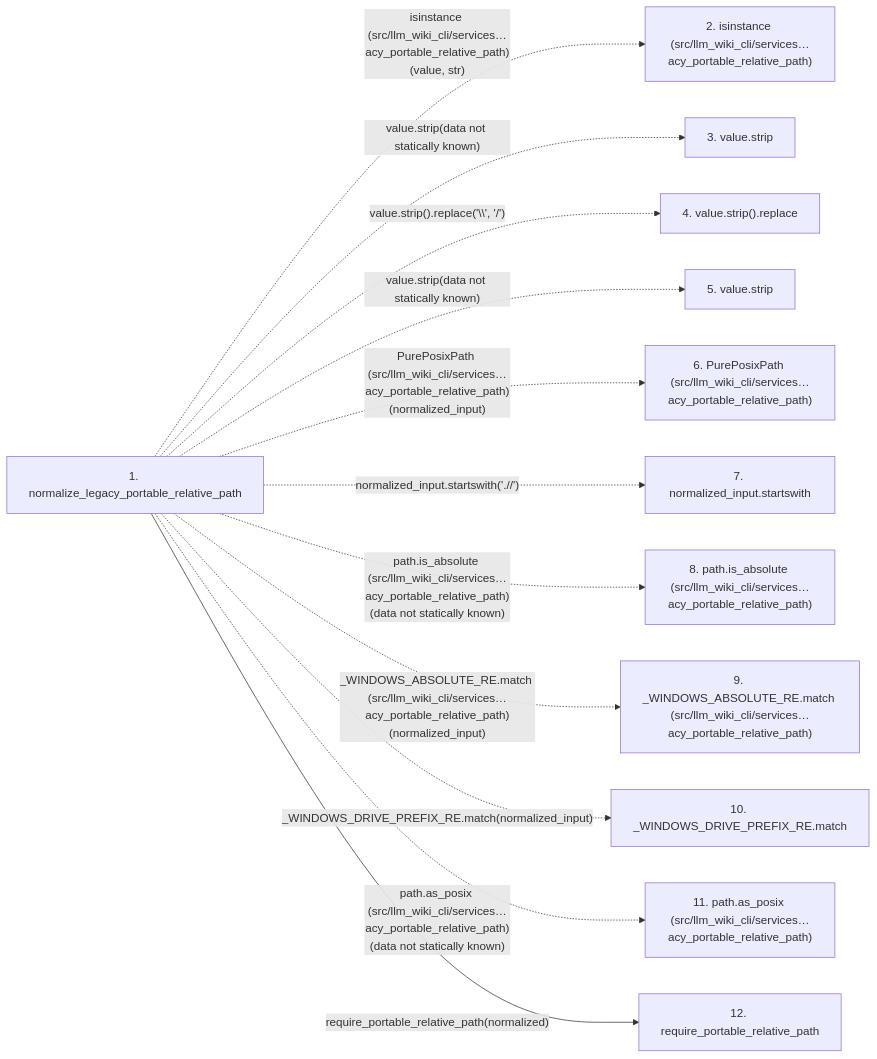
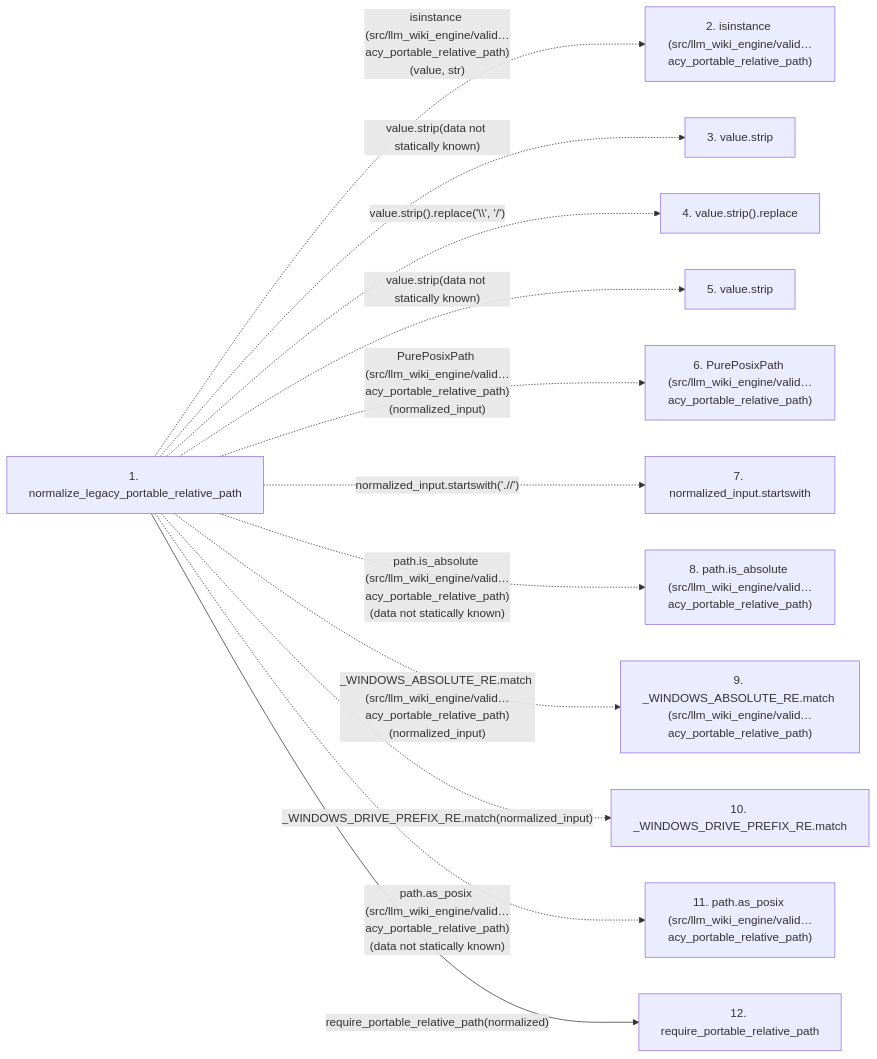
The second of 2 diagrams in docs/llm_wiki/flows/api-normalize_legacy_portable_relative_path.md (Denissvgn/python-wiki-llm), drawn with Mermaid before and after one commit. The commit also changed other lines of this file and 1103 other files, not shown here.

First line of the commit message:
docs: refresh the wiki for the llm-wiki-engine distribution

````diff
--- a/docs/llm_wiki/flows/api-normalize_legacy_portable_relative_path.md
+++ b/docs/llm_wiki/flows/api-normalize_legacy_portable_relative_path.md
@@ -125,28 +125,28 @@
 ```mermaid
 flowchart LR
     s1["1. normalize_legacy_portable_relative_path"]
-    s2["2. isinstance (src/llm_wiki_cli/services…acy_portable_relative_path)"]
+    s2["2. isinstance (src/llm_wiki_engine/valid…acy_portable_relative_path)"]
     s3["3. value.strip"]
     s4["4. value.strip().replace"]
     s5["5. value.strip"]
-    s6["6. PurePosixPath (src/llm_wiki_cli/services…acy_portable_relative_path)"]
+    s6["6. PurePosixPath (src/llm_wiki_engine/valid…acy_portable_relative_path)"]
     s7["7. normalized_input.startswith"]
-    s8["8. path.is_absolute (src/llm_wiki_cli/services…acy_portable_relative_path)"]
-    s9["9. _WINDOWS_ABSOLUTE_RE.match (src/llm_wiki_cli/services…acy_portable_relative_path)"]
+    s8["8. path.is_absolute (src/llm_wiki_engine/valid…acy_portable_relative_path)"]
+    s9["9. _WINDOWS_ABSOLUTE_RE.match (src/llm_wiki_engine/valid…acy_portable_relative_path)"]
     s10["10. _WINDOWS_DRIVE_PREFIX_RE.match"]
-    s11["11. path.as_posix (src/llm_wiki_cli/services…acy_portable_relative_path)"]
+    s11["11. path.as_posix (src/llm_wiki_engine/valid…acy_portable_relative_path)"]
     s12["12. require_portable_relative_path"]
-    s1 -. "isinstance (src/llm_wiki_cli/services…acy_portable_relative_path)(value, str)" .-> s2
+    s1 -. "isinstance (src/llm_wiki_engine/valid…acy_portable_relative_path)(value, str)" .-> s2
     s1 -. "value.strip(data not statically known)" .-> s3
     s1 -. "value.strip().replace('\\', '/')" .-> s4
     s1 -. "value.strip(data not statically known)" .-> s5
-    s1 -. "PurePosixPath (src/llm_wiki_cli/services…acy_portable_relative_path)(normalized_input)" .-> s6
+    s1 -. "PurePosixPath (src/llm_wiki_engine/valid…acy_portable_relative_path)(normalized_input)" .-> s6
     s1 -. "normalized_input.startswith('.//')" .-> s7
-    s1 -. "path.is_absolute (src/llm_wiki_cli/services…acy_portable_relative_path)(data not statically known)" .-> s8
-    s1 -. "_WINDOWS_ABSOLUTE_RE.match (src/llm_wiki_cli/services…acy_portable_relative_path)(normalized_input)" .-> s9
+    s1 -. "path.is_absolute (src/llm_wiki_engine/valid…acy_portable_relative_path)(data not statically known)" .-> s8
+    s1 -. "_WINDOWS_ABSOLUTE_RE.match (src/llm_wiki_engine/valid…acy_portable_relative_path)(normalized_input)" .-> s9
     s1 -. "_WINDOWS_DRIVE_PREFIX_RE.match(normalized_input)" .-> s10
-    s1 -. "path.as_posix (src/llm_wiki_cli/services…acy_portable_relative_path)(data not statically known)" .-> s11
+    s1 -. "path.as_posix (src/llm_wiki_engine/valid…acy_portable_relative_path)(data not statically known)" .-> s11
     s1 -->|"require_portable_relative_path(normalized)"| s12
     click s1 "../modules/validation.md"
     click s12 "../modules/validation.md"
 ```
````
